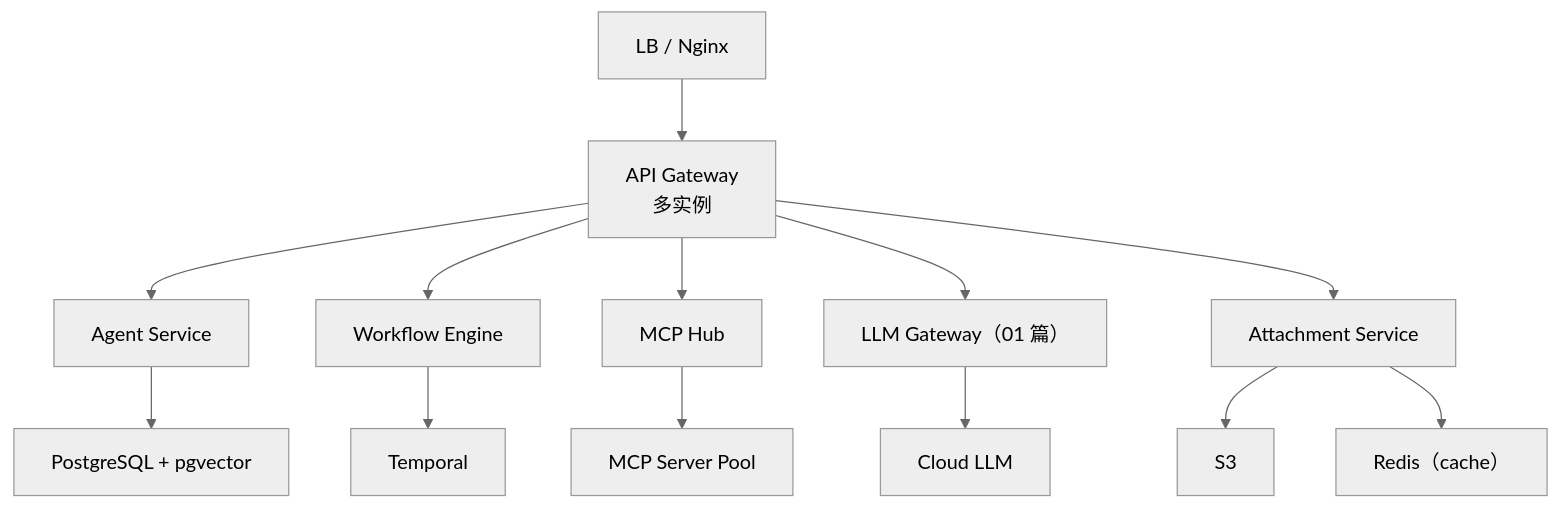
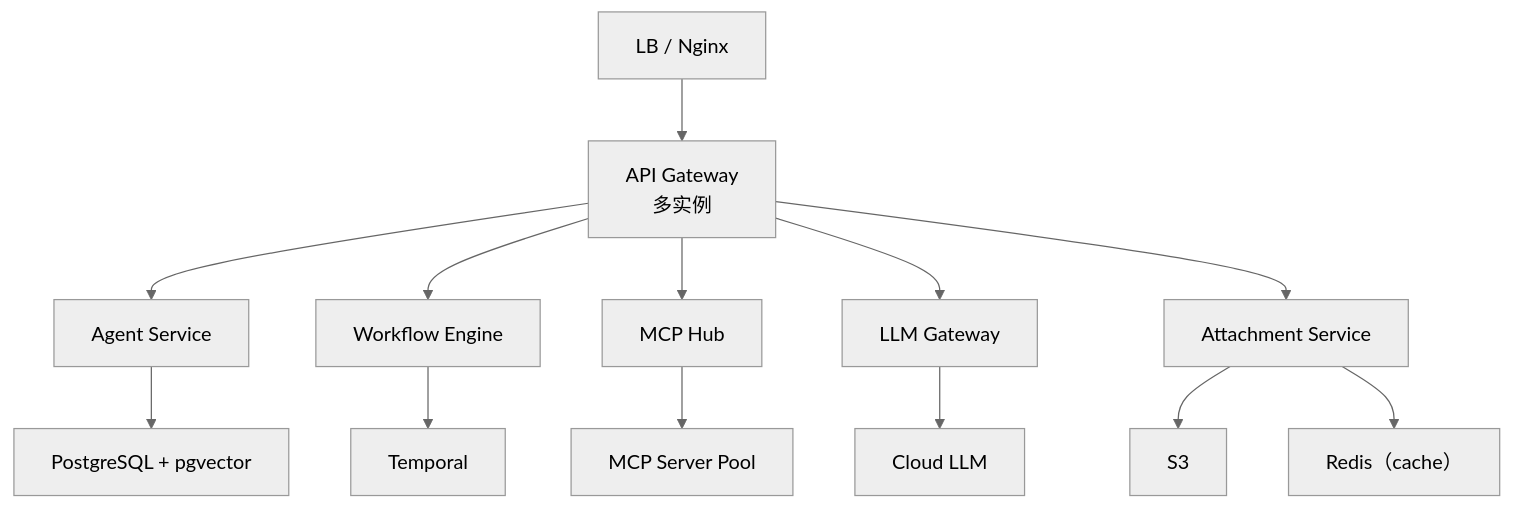
Before and after one commit to UranusGit/java-agent-learn: the seventh of 7 diagrams in docs/ai-serving/03-多租户Agent平台.md, drawn with Mermaid (neutral theme). The commit also changed other lines of this file and 184 other files, not shown here.

````diff
--- a/docs/ai-serving/03-多租户Agent平台.md
+++ b/docs/ai-serving/03-多租户Agent平台.md
@@ -846,15 +846,15 @@
 ```mermaid
 flowchart TD
     LB["LB / Nginx"] --> GW["API Gateway<br/>多实例"]
     GW --> AgentSvc["Agent Service"]
     GW --> WF["Workflow Engine"]
     GW --> Hub["MCP Hub"]
-    GW --> LLMGW["LLM Gateway（01 篇）"]
+    GW --> LLMGW["LLM Gateway"]
     GW --> Attach["Attachment Service"]
     AgentSvc --> PG["PostgreSQL + pgvector"]
     WF --> Temporal["Temporal"]
     Hub --> Pool["MCP Server Pool"]
     LLMGW --> Cloud["Cloud LLM"]
     Attach --> S3["S3"]
     Attach --> Redis["Redis（cache）"]
 ```
````
